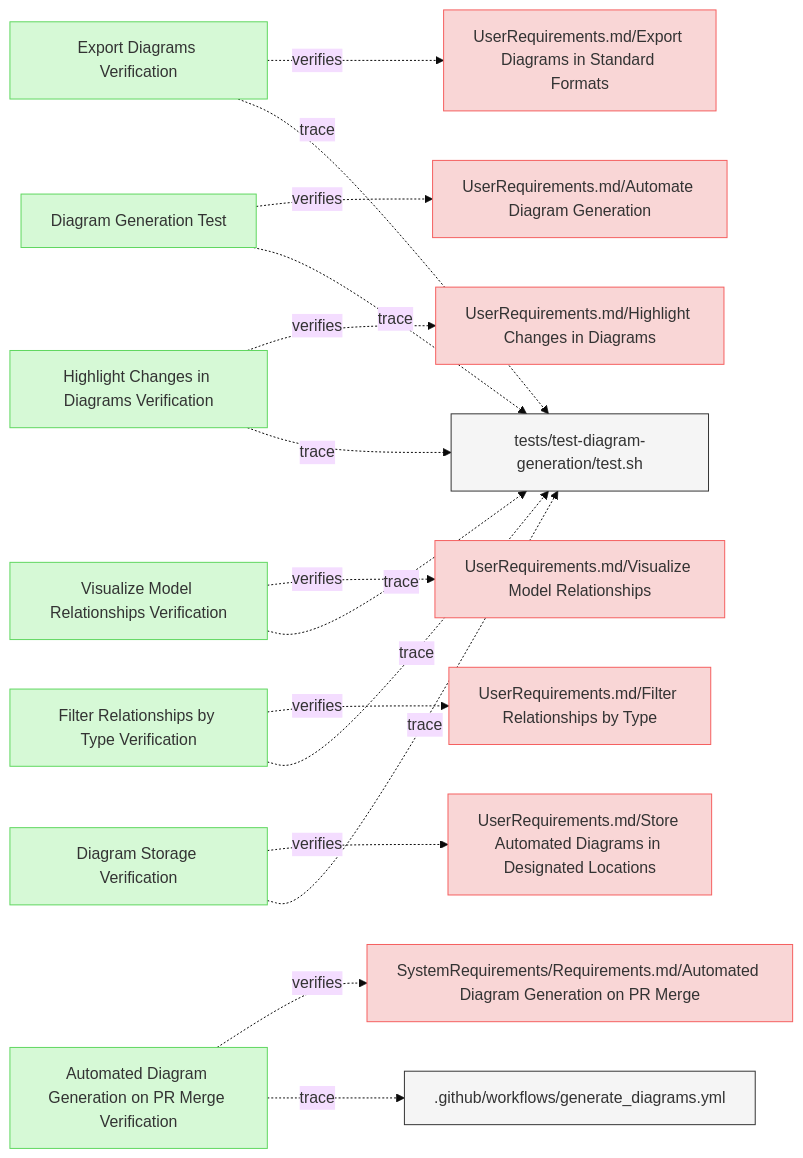
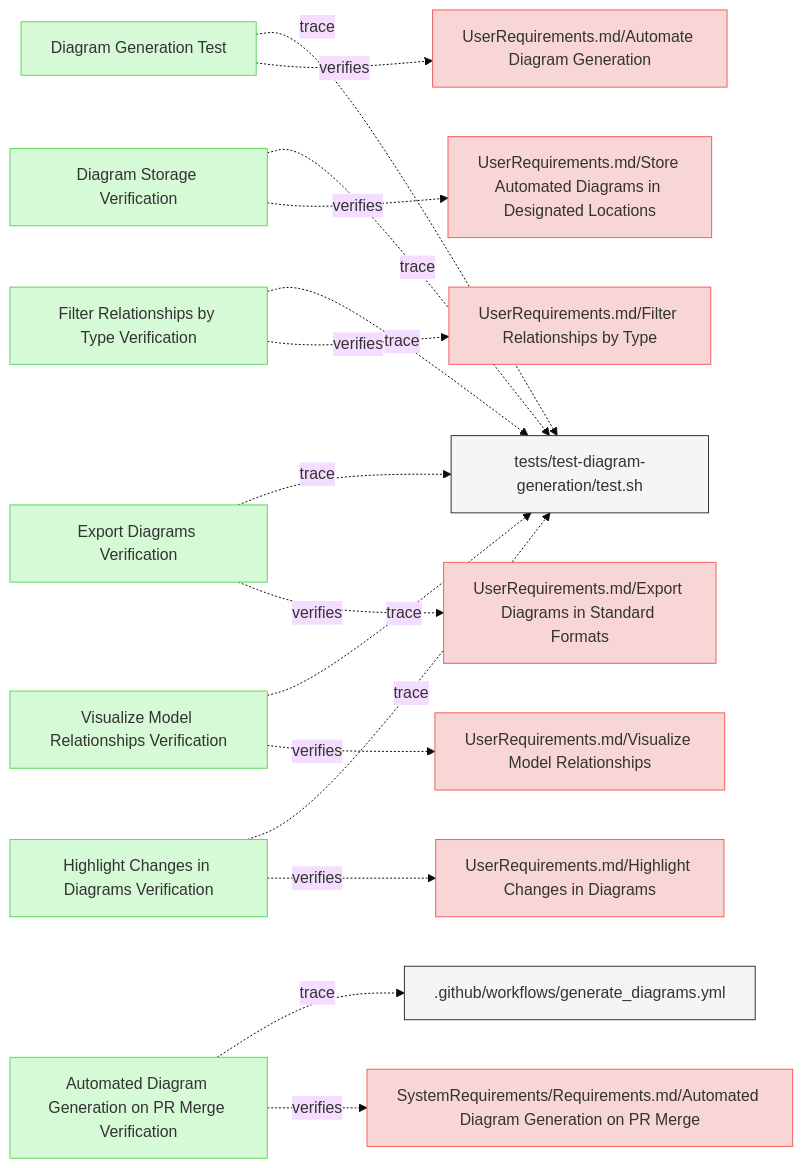
The diagram in specifications/Verifications/DiagramsTests.md (reqvire-org/reqvire), drawn with Mermaid (base theme) before and after one commit. The commit also changed other lines of this file and 160 other files, not shown here.

````diff
--- a/specifications/Verifications/DiagramsTests.md
+++ b/specifications/Verifications/DiagramsTests.md
@@ -6,71 +6,71 @@
 ```mermaid
 graph LR;
   %% Graph styling
   classDef requirement fill:#f9d6d6,stroke:#f55f5f,stroke-width:1px;
   classDef verification fill:#d6f9d6,stroke:#5fd75f,stroke-width:1px;
   classDef externalLink fill:#d0e0ff,stroke:#3080ff,stroke-width:1px;
   classDef default fill:#f5f5f5,stroke:#333333,stroke-width:1px;
 
-  f75fd64834a53a9["Export Diagrams Verification"];
-  click f75fd64834a53a9 "https://github.com/ilijaljubicic/ReqFlow/blob/73d5ae1d93adea71fdf4cc508be4d1ae09be068f/specifications/Verifications/DiagramsTests.md#export-diagrams-verification";
-  class f75fd64834a53a9 verification;
-  3e72f83cabd0bad8["UserRequirements.md/Export Diagrams in Standard Formats"];
-  class 3e72f83cabd0bad8 requirement;
-  click 3e72f83cabd0bad8 "https://github.com/ilijaljubicic/ReqFlow/blob/73d5ae1d93adea71fdf4cc508be4d1ae09be068f/specifications/UserRequirements.md#export-diagrams-in-standard-formats";
-  f75fd64834a53a9 -.->|verifies| 3e72f83cabd0bad8;
-  b678046eb95fb241["tests/test-diagram-generation/test.sh"];
-  class b678046eb95fb241 default;
-  click b678046eb95fb241 "https://github.com/ilijaljubicic/ReqFlow/blob/73d5ae1d93adea71fdf4cc508be4d1ae09be068f/tests/test-diagram-generation/test.sh";
-  f75fd64834a53a9 -.->|trace| b678046eb95fb241;
-  ea26b60dd62761cc["Diagram Generation Test"];
-  click ea26b60dd62761cc "https://github.com/ilijaljubicic/ReqFlow/blob/73d5ae1d93adea71fdf4cc508be4d1ae09be068f/specifications/Verifications/DiagramsTests.md#diagram-generation-test";
-  class ea26b60dd62761cc verification;
-  64be2a98bd80a653["UserRequirements.md/Automate Diagram Generation"];
-  class 64be2a98bd80a653 requirement;
-  click 64be2a98bd80a653 "https://github.com/ilijaljubicic/ReqFlow/blob/73d5ae1d93adea71fdf4cc508be4d1ae09be068f/specifications/UserRequirements.md#automate-diagram-generation";
-  ea26b60dd62761cc -.->|verifies| 64be2a98bd80a653;
-  ea26b60dd62761cc -.->|trace| b678046eb95fb241;
-  9c5bd4294c6701c6["Highlight Changes in Diagrams Verification"];
-  click 9c5bd4294c6701c6 "https://github.com/ilijaljubicic/ReqFlow/blob/73d5ae1d93adea71fdf4cc508be4d1ae09be068f/specifications/Verifications/DiagramsTests.md#highlight-changes-in-diagrams-verification";
-  class 9c5bd4294c6701c6 verification;
-  d3a1b6b68298a744["UserRequirements.md/Highlight Changes in Diagrams"];
-  class d3a1b6b68298a744 requirement;
-  click d3a1b6b68298a744 "https://github.com/ilijaljubicic/ReqFlow/blob/73d5ae1d93adea71fdf4cc508be4d1ae09be068f/specifications/UserRequirements.md#highlight-changes-in-diagrams";
-  9c5bd4294c6701c6 -.->|verifies| d3a1b6b68298a744;
-  9c5bd4294c6701c6 -.->|trace| b678046eb95fb241;
-  f4a75b18d7e9ae3["Visualize Model Relationships Verification"];
-  click f4a75b18d7e9ae3 "https://github.com/ilijaljubicic/ReqFlow/blob/73d5ae1d93adea71fdf4cc508be4d1ae09be068f/specifications/Verifications/DiagramsTests.md#visualize-model-relationships-verification";
-  class f4a75b18d7e9ae3 verification;
-  37611ee8059e0f03["UserRequirements.md/Visualize Model Relationships"];
-  class 37611ee8059e0f03 requirement;
-  click 37611ee8059e0f03 "https://github.com/ilijaljubicic/ReqFlow/blob/73d5ae1d93adea71fdf4cc508be4d1ae09be068f/specifications/UserRequirements.md#visualize-model-relationships";
-  f4a75b18d7e9ae3 -.->|verifies| 37611ee8059e0f03;
-  f4a75b18d7e9ae3 -.->|trace| b678046eb95fb241;
-  4c6d245c9314fe1f["Filter Relationships by Type Verification"];
-  click 4c6d245c9314fe1f "https://github.com/ilijaljubicic/ReqFlow/blob/73d5ae1d93adea71fdf4cc508be4d1ae09be068f/specifications/Verifications/DiagramsTests.md#filter-relationships-by-type-verification";
-  class 4c6d245c9314fe1f verification;
-  aaa09eb94d160979["UserRequirements.md/Filter Relationships by Type"];
-  class aaa09eb94d160979 requirement;
-  click aaa09eb94d160979 "https://github.com/ilijaljubicic/ReqFlow/blob/73d5ae1d93adea71fdf4cc508be4d1ae09be068f/specifications/UserRequirements.md#filter-relationships-by-type";
-  4c6d245c9314fe1f -.->|verifies| aaa09eb94d160979;
-  4c6d245c9314fe1f -.->|trace| b678046eb95fb241;
-  f7cceb82cc5597b5["Diagram Storage Verification"];
-  click f7cceb82cc5597b5 "https://github.com/ilijaljubicic/ReqFlow/blob/73d5ae1d93adea71fdf4cc508be4d1ae09be068f/specifications/Verifications/DiagramsTests.md#diagram-storage-verification";
-  class f7cceb82cc5597b5 verification;
-  e5f8f9f127a22da["UserRequirements.md/Store Automated Diagrams in Designated Locations"];
-  class e5f8f9f127a22da requirement;
-  click e5f8f9f127a22da "https://github.com/ilijaljubicic/ReqFlow/blob/73d5ae1d93adea71fdf4cc508be4d1ae09be068f/specifications/UserRequirements.md#store-automated-diagrams-in-designated-locations";
-  f7cceb82cc5597b5 -.->|verifies| e5f8f9f127a22da;
-  f7cceb82cc5597b5 -.->|trace| b678046eb95fb241;
-  e8ef9e868c2b1da8["Automated Diagram Generation on PR Merge Verification"];
-  click e8ef9e868c2b1da8 "https://github.com/ilijaljubicic/ReqFlow/blob/73d5ae1d93adea71fdf4cc508be4d1ae09be068f/specifications/Verifications/DiagramsTests.md#automated-diagram-generation-on-pr-merge-verification";
-  class e8ef9e868c2b1da8 verification;
-  4b9934c3f9197112["SystemRequirements/Requirements.md/Automated Diagram Generation on PR Merge"];
-  class 4b9934c3f9197112 requirement;
-  click 4b9934c3f9197112 "https://github.com/ilijaljubicic/ReqFlow/blob/73d5ae1d93adea71fdf4cc508be4d1ae09be068f/specifications/SystemRequirements/Requirements.md#automated-diagram-generation-on-pr-merge";
-  e8ef9e868c2b1da8 -.->|verifies| 4b9934c3f9197112;
-  aae2507df9855ad7[".github/workflows/generate_diagrams.yml"];
-  class aae2507df9855ad7 default;
-  click aae2507df9855ad7 "https://github.com/ilijaljubicic/ReqFlow/blob/73d5ae1d93adea71fdf4cc508be4d1ae09be068f/.github/workflows/generate_diagrams.yml";
-  e8ef9e868c2b1da8 -.->|trace| aae2507df9855ad7;
+  e680d84fe87126e9["Export Diagrams Verification"];
+  click e680d84fe87126e9 "https://github.com/ilijaljubicic/Reqvire/blob/8a68ca1eab81bac7964085e47777a0a92447c6a5/specifications/Verifications/DiagramsTests.md#export-diagrams-verification";
+  class e680d84fe87126e9 verification;
+  ff7932724ee600f1["UserRequirements.md/Export Diagrams in Standard Formats"];
+  class ff7932724ee600f1 requirement;
+  click ff7932724ee600f1 "https://github.com/ilijaljubicic/Reqvire/blob/8a68ca1eab81bac7964085e47777a0a92447c6a5/specifications/UserRequirements.md#export-diagrams-in-standard-formats";
+  e680d84fe87126e9 -.->|verifies| ff7932724ee600f1;
+  b296432506bb8be["tests/test-diagram-generation/test.sh"];
+  class b296432506bb8be default;
+  click b296432506bb8be "https://github.com/ilijaljubicic/Reqvire/blob/8a68ca1eab81bac7964085e47777a0a92447c6a5/tests/test-diagram-generation/test.sh";
+  e680d84fe87126e9 -.->|trace| b296432506bb8be;
+  f2df5cda6c7588de["Filter Relationships by Type Verification"];
+  click f2df5cda6c7588de "https://github.com/ilijaljubicic/Reqvire/blob/8a68ca1eab81bac7964085e47777a0a92447c6a5/specifications/Verifications/DiagramsTests.md#filter-relationships-by-type-verification";
+  class f2df5cda6c7588de verification;
+  f3450185979ff229["UserRequirements.md/Filter Relationships by Type"];
+  class f3450185979ff229 requirement;
+  click f3450185979ff229 "https://github.com/ilijaljubicic/Reqvire/blob/8a68ca1eab81bac7964085e47777a0a92447c6a5/specifications/UserRequirements.md#filter-relationships-by-type";
+  f2df5cda6c7588de -.->|verifies| f3450185979ff229;
+  f2df5cda6c7588de -.->|trace| b296432506bb8be;
+  bc88dca7d6d0492a["Diagram Storage Verification"];
+  click bc88dca7d6d0492a "https://github.com/ilijaljubicic/Reqvire/blob/8a68ca1eab81bac7964085e47777a0a92447c6a5/specifications/Verifications/DiagramsTests.md#diagram-storage-verification";
+  class bc88dca7d6d0492a verification;
+  9276544d5ee17790["UserRequirements.md/Store Automated Diagrams in Designated Locations"];
+  class 9276544d5ee17790 requirement;
+  click 9276544d5ee17790 "https://github.com/ilijaljubicic/Reqvire/blob/8a68ca1eab81bac7964085e47777a0a92447c6a5/specifications/UserRequirements.md#store-automated-diagrams-in-designated-locations";
+  bc88dca7d6d0492a -.->|verifies| 9276544d5ee17790;
+  bc88dca7d6d0492a -.->|trace| b296432506bb8be;
+  6723e1748fa33d08["Automated Diagram Generation on PR Merge Verification"];
+  click 6723e1748fa33d08 "https://github.com/ilijaljubicic/Reqvire/blob/8a68ca1eab81bac7964085e47777a0a92447c6a5/specifications/Verifications/DiagramsTests.md#automated-diagram-generation-on-pr-merge-verification";
+  class 6723e1748fa33d08 verification;
+  273cce972e603178["SystemRequirements/Requirements.md/Automated Diagram Generation on PR Merge"];
+  class 273cce972e603178 requirement;
+  click 273cce972e603178 "https://github.com/ilijaljubicic/Reqvire/blob/8a68ca1eab81bac7964085e47777a0a92447c6a5/specifications/SystemRequirements/Requirements.md#automated-diagram-generation-on-pr-merge";
+  6723e1748fa33d08 -.->|verifies| 273cce972e603178;
+  6699836c9fa45af6[".github/workflows/generate_diagrams.yml"];
+  class 6699836c9fa45af6 default;
+  click 6699836c9fa45af6 "https://github.com/ilijaljubicic/Reqvire/blob/8a68ca1eab81bac7964085e47777a0a92447c6a5/.github/workflows/generate_diagrams.yml";
+  6723e1748fa33d08 -.->|trace| 6699836c9fa45af6;
+  a8e581a16079b6a8["Diagram Generation Test"];
+  click a8e581a16079b6a8 "https://github.com/ilijaljubicic/Reqvire/blob/8a68ca1eab81bac7964085e47777a0a92447c6a5/specifications/Verifications/DiagramsTests.md#diagram-generation-test";
+  class a8e581a16079b6a8 verification;
+  4d4dad9ce307fade["UserRequirements.md/Automate Diagram Generation"];
+  class 4d4dad9ce307fade requirement;
+  click 4d4dad9ce307fade "https://github.com/ilijaljubicic/Reqvire/blob/8a68ca1eab81bac7964085e47777a0a92447c6a5/specifications/UserRequirements.md#automate-diagram-generation";
+  a8e581a16079b6a8 -.->|verifies| 4d4dad9ce307fade;
+  a8e581a16079b6a8 -.->|trace| b296432506bb8be;
+  d11becf56f36d005["Visualize Model Relationships Verification"];
+  click d11becf56f36d005 "https://github.com/ilijaljubicic/Reqvire/blob/8a68ca1eab81bac7964085e47777a0a92447c6a5/specifications/Verifications/DiagramsTests.md#visualize-model-relationships-verification";
+  class d11becf56f36d005 verification;
+  e98d18ae3a41815a["UserRequirements.md/Visualize Model Relationships"];
+  class e98d18ae3a41815a requirement;
+  click e98d18ae3a41815a "https://github.com/ilijaljubicic/Reqvire/blob/8a68ca1eab81bac7964085e47777a0a92447c6a5/specifications/UserRequirements.md#visualize-model-relationships";
+  d11becf56f36d005 -.->|verifies| e98d18ae3a41815a;
+  d11becf56f36d005 -.->|trace| b296432506bb8be;
+  327e94cd7ded2a7a["Highlight Changes in Diagrams Verification"];
+  click 327e94cd7ded2a7a "https://github.com/ilijaljubicic/Reqvire/blob/8a68ca1eab81bac7964085e47777a0a92447c6a5/specifications/Verifications/DiagramsTests.md#highlight-changes-in-diagrams-verification";
+  class 327e94cd7ded2a7a verification;
+  efa8bb8c8484bb40["UserRequirements.md/Highlight Changes in Diagrams"];
+  class efa8bb8c8484bb40 requirement;
+  click efa8bb8c8484bb40 "https://github.com/ilijaljubicic/Reqvire/blob/8a68ca1eab81bac7964085e47777a0a92447c6a5/specifications/UserRequirements.md#highlight-changes-in-diagrams";
+  327e94cd7ded2a7a -.->|verifies| efa8bb8c8484bb40;
+  327e94cd7ded2a7a -.->|trace| b296432506bb8be;
 ```
````
